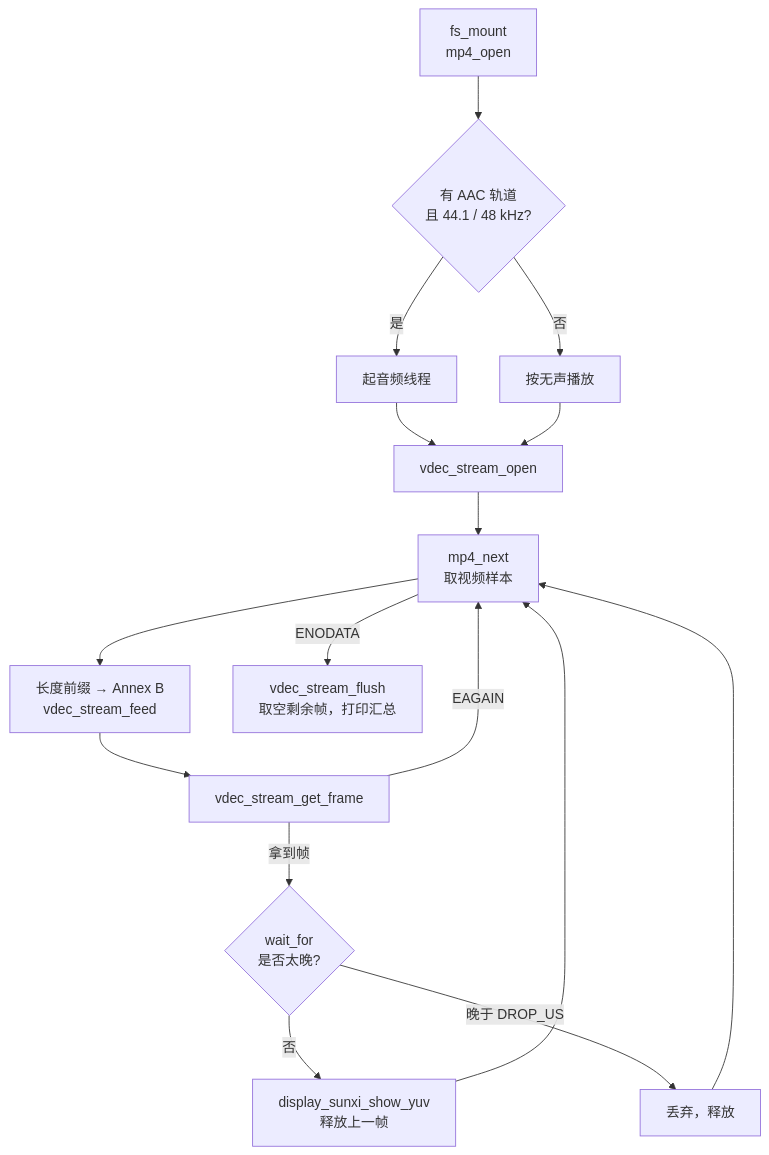
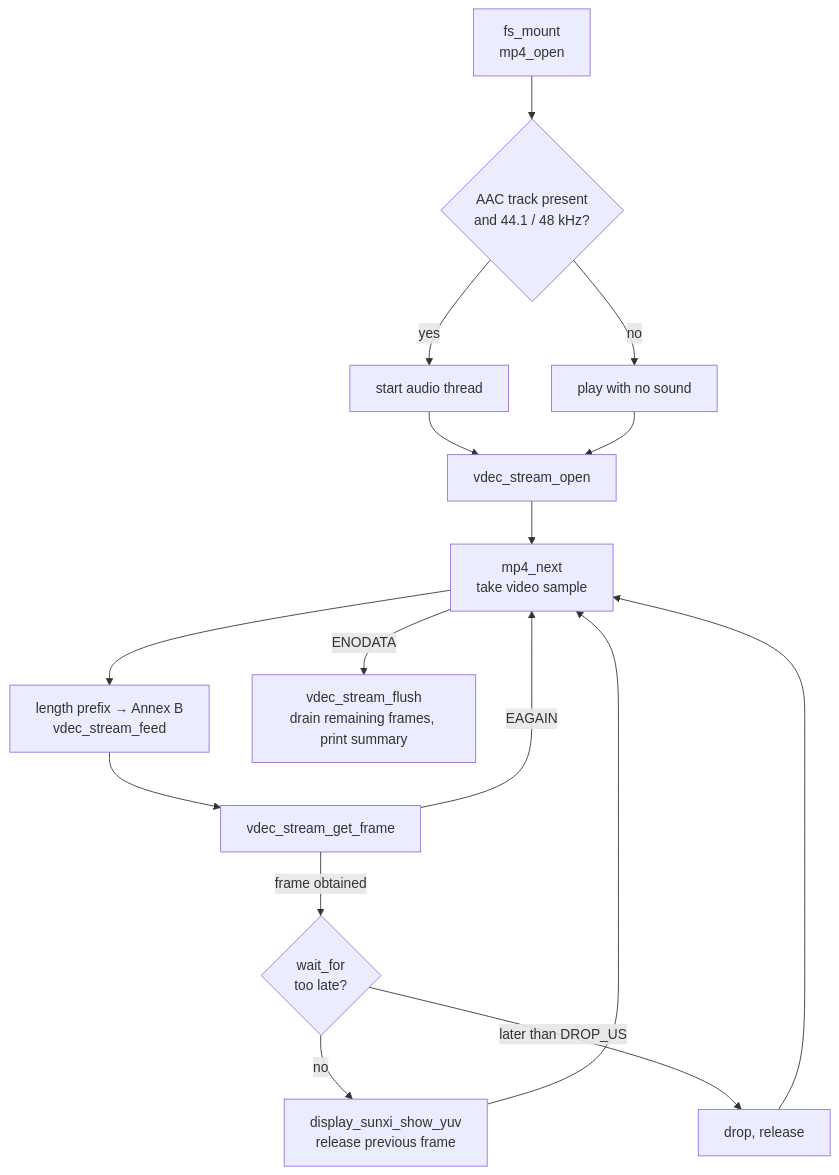
The second of 3 diagrams in docs/src/content/docs/dev/zephyr/apps/mp4-player.md (YuzukiHD/YuzukiNeko), drawn with Mermaid before and after one commit. The commit also changed other lines of this file and 216 other files, not shown here.

````diff
--- a/docs/src/content/docs/dev/zephyr/apps/mp4-player.md
+++ b/docs/src/content/docs/dev/zephyr/apps/mp4-player.md
@@ -308,18 +308,18 @@
 ```mermaid
 flowchart TD
-    A["fs_mount<br/>mp4_open"] --> B{"有 AAC 轨道<br/>且 44.1 / 48 kHz?"}
-    B -->|"是"| C["起音频线程"]
-    B -->|"否"| D["按无声播放"]
+    A["fs_mount<br/>mp4_open"] --> B{"AAC track present<br/>and 44.1 / 48 kHz?"}
+    B -->|"yes"| C["start audio thread"]
+    B -->|"no"| D["play with no sound"]
     C --> E["vdec_stream_open"]
     D --> E
-    E --> F["mp4_next<br/>取视频样本"]
-    F --> G["长度前缀 → Annex B<br/>vdec_stream_feed"]
+    E --> F["mp4_next<br/>take video sample"]
+    F --> G["length prefix → Annex B<br/>vdec_stream_feed"]
     G --> H["vdec_stream_get_frame"]
-    H -->|"拿到帧"| I{"wait_for<br/>是否太晚?"}
+    H -->|"frame obtained"| I{"wait_for<br/>too late?"}
     H -->|"EAGAIN"| F
-    I -->|"否"| J["display_sunxi_show_yuv<br/>释放上一帧"]
-    I -->|"晚于 DROP_US"| K["丢弃，释放"]
+    I -->|"no"| J["display_sunxi_show_yuv<br/>release previous frame"]
+    I -->|"later than DROP_US"| K["drop, release"]
     J --> F
     K --> F
-    F -->|"ENODATA"| L["vdec_stream_flush<br/>取空剩余帧，打印汇总"]
+    F -->|"ENODATA"| L["vdec_stream_flush<br/>drain remaining frames, print summary"]
 ```
````
